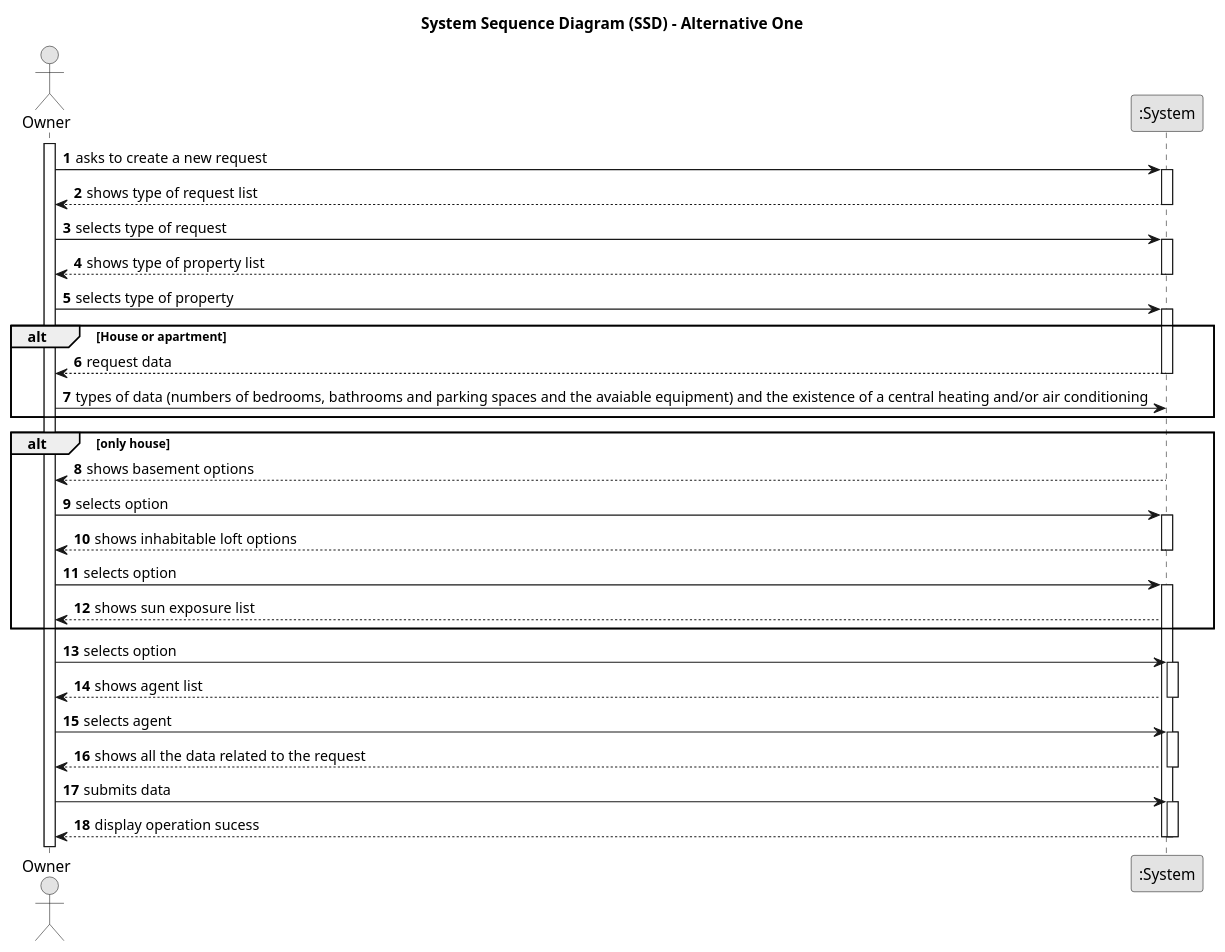
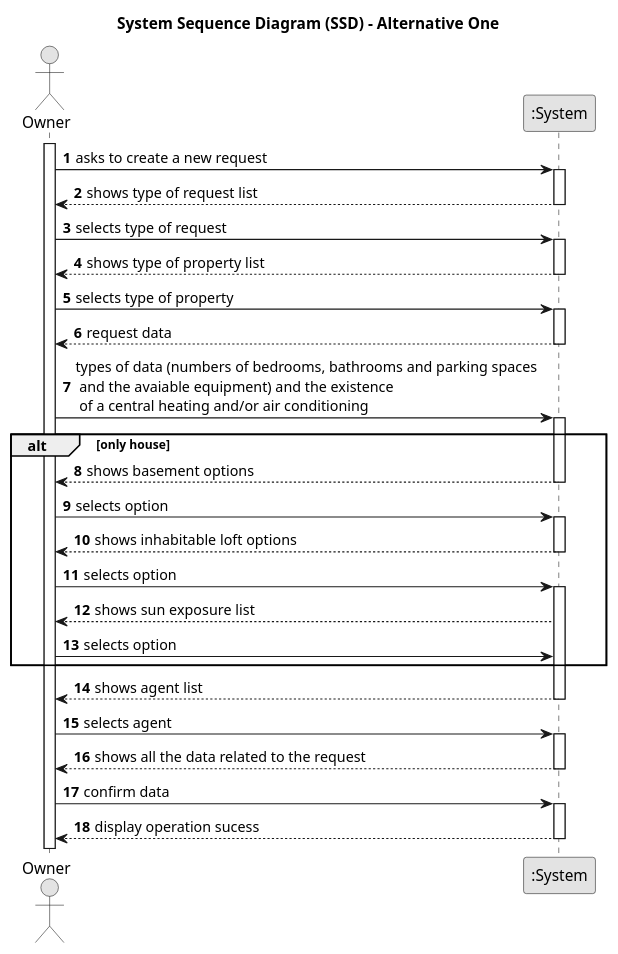
The diagram in docs/sprintA/us004/01.requirements-engineering/puml/us004-system-sequence-diagram-alternative-one.puml (Rodrick0209/ISEP-LAPR2-22-23), drawn with PlantUML before and after one commit. The commit also changed 5 other files, not shown here.

```diff
--- a/docs/sprintA/us004/01.requirements-engineering/puml/us004-system-sequence-diagram-alternative-one.puml
+++ b/docs/sprintA/us004/01.requirements-engineering/puml/us004-system-sequence-diagram-alternative-one.puml
@@ -1,85 +1,84 @@
 @startuml
 skinparam monochrome true
 skinparam packageStyle rectangle
 skinparam shadowing false
 
 title System Sequence Diagram (SSD) - Alternative One
 
 autonumber
 
 actor "Owner" as Employee
 participant ":System" as System
 
 activate Employee
 
     Employee -> System : asks to create a new request
     activate System
 
         System --> Employee : shows type of request list
     deactivate System
 
     Employee -> System : selects type of request
     activate System
 
         System --> Employee : shows type of property list
 
     deactivate System
 
     Employee -> System : selects type of property
 
-alt House or apartment
     activate System
 
         System --> Employee : request data
     deactivate System
 
 
-    Employee -> System : types of data (numbers of bedrooms, bathrooms and parking spaces and the avaiable equipment) and the existence of a central heating and/or air conditioning
+    Employee -> System : types of data (numbers of bedrooms, bathrooms and parking spaces \n and the avaiable equipment) and the existence \n of a central heating and/or air conditioning
 
-
-end
 
 alt only house
 
       activate System
 
             System --> Employee : shows basement options
       deactivate System
 
       Employee -> System : selects option
 
       activate System
 
             System --> Employee : shows inhabitable loft options
       deactivate System
 
       Employee -> System :  selects option
 
       activate System
 
             System --> Employee :shows sun exposure list
+
+      Employee -> System :selects option
 end
 
-      Employee -> System :selects option
+
 
      activate System
 
         System --> Employee : shows agent list
     deactivate System
 
     Employee -> System :  selects agent
 
      activate System
 
         System --> Employee : shows all the data related to the request
      deactivate System
 
-     Employee -> System : submits data
+     Employee -> System : confirm data
 
      activate System
 
             System --> Employee : display operation sucess
      deactivate System
 
 
 @enduml
```
